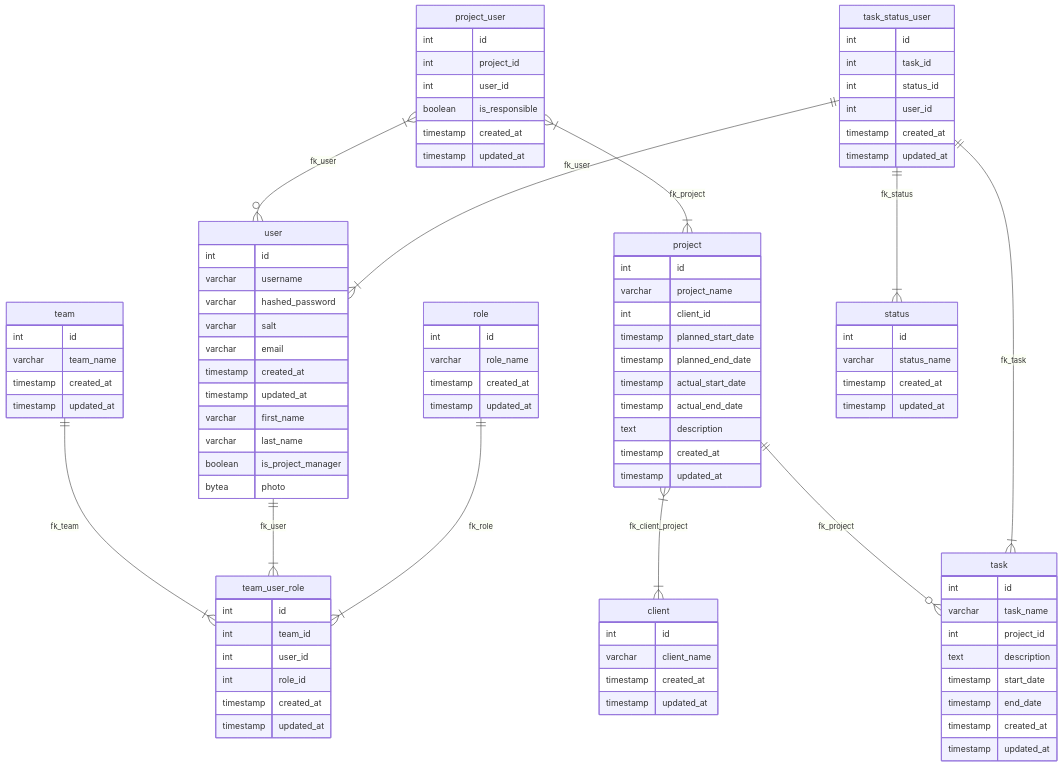
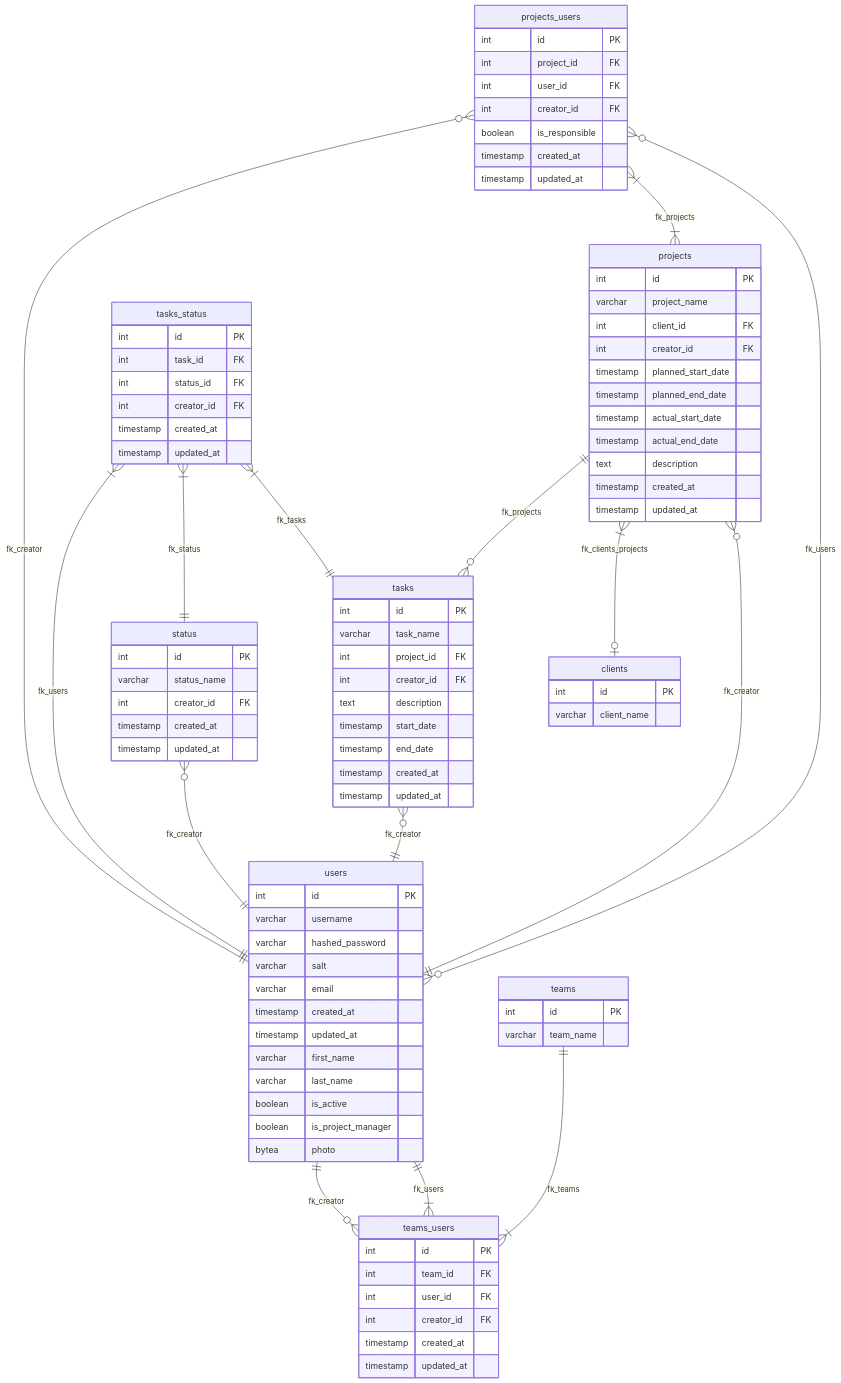
Before and after one commit to ilya-goldin/kanban-board-app: the diagram in docs/db.md, drawn with Mermaid.

Commit message:
docs: Update db schema

````diff
--- a/docs/db.md
+++ b/docs/db.md
@@ -1,7 +1,7 @@
 ```mermaid
 erDiagram
-user {
-    int id
+users {
+    int id PK
     varchar username
     varchar hashed_password
     varchar salt
@@ -10,42 +10,36 @@
     timestamp updated_at
     varchar first_name
     varchar last_name
+    boolean is_active
     boolean is_project_manager
     bytea photo
 }
-team {
-    int id
+teams {
+    int id PK
     varchar team_name
+}
+teams_users {
+    int id PK
+    int team_id FK
+    int user_id FK
+    int creator_id FK
     timestamp created_at
     timestamp updated_at
 }
-role {
-    int id
-    varchar role_name
-    timestamp created_at
-    timestamp updated_at
+teams_users }o--|| users : fk_creator
+teams ||--|{ teams_users : fk_teams
+users ||--|{ teams_users : fk_users
+
+clients {
+    int id PK
+    varchar client_name
 }
-team_user_role {
-    int id
-    int team_id
-    int user_id
-    int role_id
-    timestamp created_at
-    timestamp updated_at
-}
-team ||--|{ team_user_role : fk_team
-user ||--|{ team_user_role : fk_user
-role ||--|{ team_user_role : fk_role
-client {
-    int id
-    varchar client_name
-    timestamp created_at
-    timestamp updated_at
-}
-project {
-    int id
+
+projects {
+    int id PK
     varchar project_name
-    int client_id
+    int client_id FK
+    int creator_id FK
     timestamp planned_start_date
     timestamp planned_end_date
     timestamp actual_start_date
@@ -54,43 +48,56 @@
     timestamp created_at
     timestamp updated_at
 }
-project_user {
-    int id
-    int project_id
-    int user_id
+projects }o--|| users : fk_creator
+
+projects_users {
+    int id PK
+    int project_id FK
+    int user_id FK
+    int creator_id FK
     boolean is_responsible
     timestamp created_at
     timestamp updated_at
 }
-project }|--|{ client : fk_client_project
-project_user }|--o{ user : fk_user
-project_user }|--|{ project : fk_project
-task {
-    int id
+projects }|--o| clients : fk_clients_projects
+projects_users }o--o{ users : fk_users
+projects_users }|--|{ projects : fk_projects
+
+projects_users }o--|| users : fk_creator
+
+tasks {
+    int id PK
     varchar task_name
-    int project_id
+    int project_id FK
+    int creator_id FK
     text description
     timestamp start_date
     timestamp end_date
     timestamp created_at
     timestamp updated_at
 }
-project ||--o{ task : fk_project
+tasks }o--|| users : fk_creator
+
+projects ||--o{ tasks : fk_projects
+
 status {
-    int id
+    int id PK
     varchar status_name
+    int creator_id FK
     timestamp created_at
     timestamp updated_at
 }
-task_status_user {
-    int id
-    int task_id
-    int status_id
-    int user_id
+status }o--|| users : fk_creator
+
+tasks_status {
+    int id PK
+    int task_id FK
+    int status_id FK
+    int creator_id FK
     timestamp created_at
     timestamp updated_at
 }
-task_status_user ||--|{ task : fk_task
-task_status_user ||--|{ status : fk_status
-task_status_user ||--|{ user : fk_user
+tasks_status }|--|| tasks : fk_tasks
+tasks_status }|--|| status : fk_status
+tasks_status }|--|| users : fk_users
 ```
````
